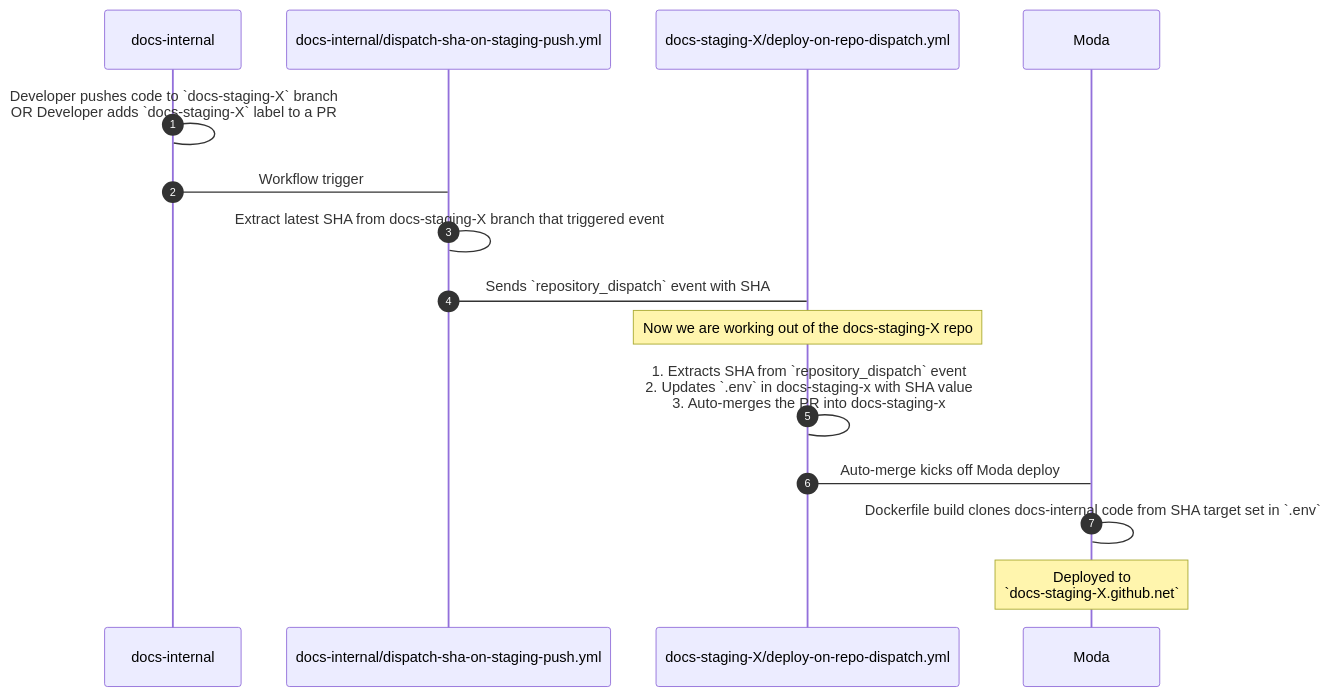
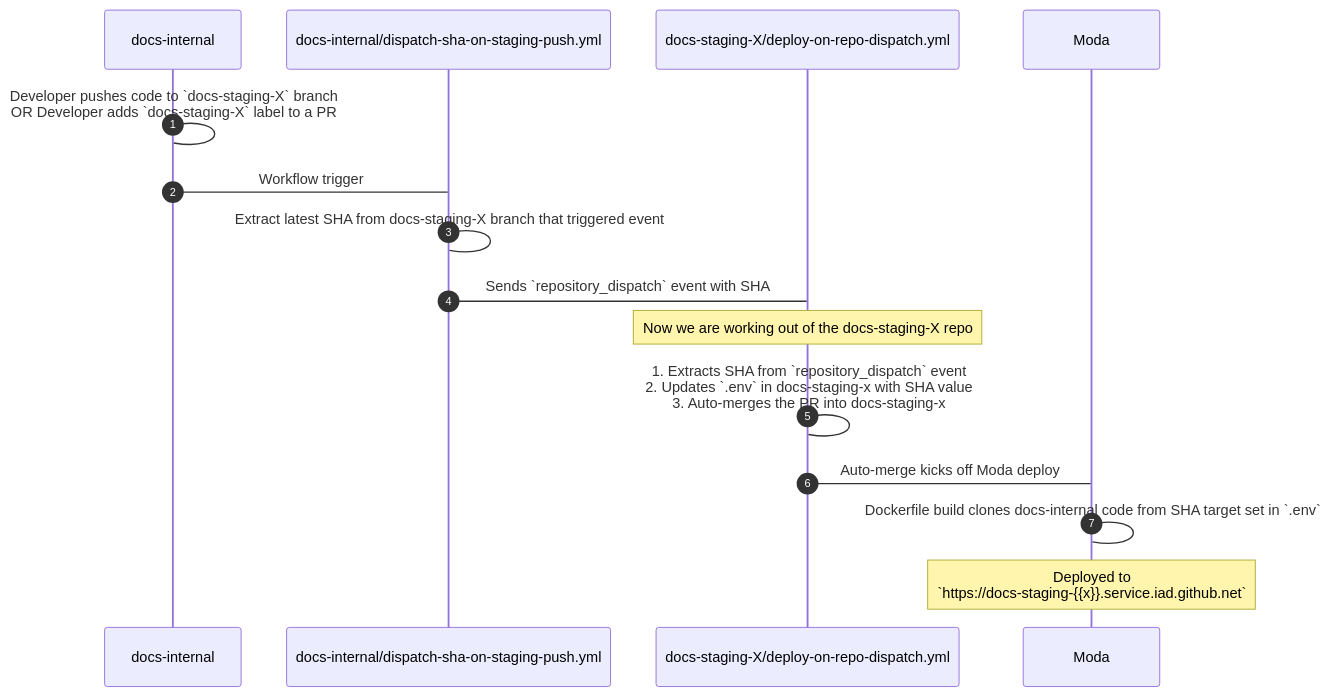
One commit to github/docs changed the diagram in src/deployments/staging/README.md. Above: the diagram before and after it, drawn with Mermaid. The commit also changed other lines of this file and 11 other files, not shown here.

````diff
--- a/src/deployments/staging/README.md
+++ b/src/deployments/staging/README.md
@@ -47,18 +50,18 @@
 ```mermaid
 sequenceDiagram
     autonumber
     participant DI as docs-internal
     participant WF1 as docs-internal/dispatch-sha-on-staging-push.yml
     participant WF2 as docs-staging-X/deploy-on-repo-dispatch.yml
     participant MD as Moda
 
     DI->DI: Developer pushes code to `docs-staging-X` branch <br />OR Developer adds `docs-staging-X` label to a PR
     DI->WF1: Workflow trigger
     WF1->WF1: Extract latest SHA from docs-staging-X branch that triggered event
     WF1->WF2: Sends `repository_dispatch` event with SHA
     note over WF2: Now we are working out of the docs-staging-X repo
     WF2->WF2: 1. Extracts SHA from `repository_dispatch` event <br />2. Updates `.env` in docs-staging-x with SHA value<br />3. Auto-merges the PR into docs-staging-x
     WF2->MD: Auto-merge kicks off Moda deploy
     MD->MD: Dockerfile build clones docs-internal code from SHA target set in `.env`
-    note over MD: Deployed to <br/> `docs-staging-X.github.net`
+    note over MD: Deployed to <br/> `https://docs-staging-{{x}}.service.iad.github.net`
 ```
````
